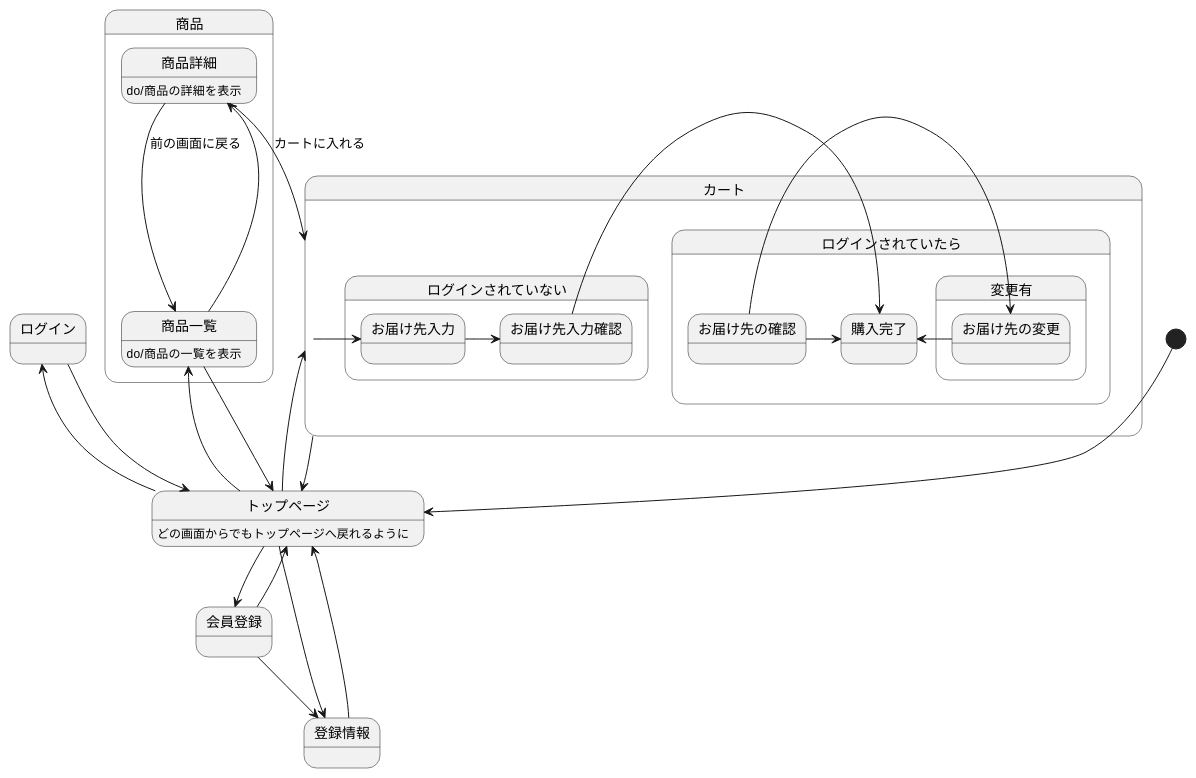
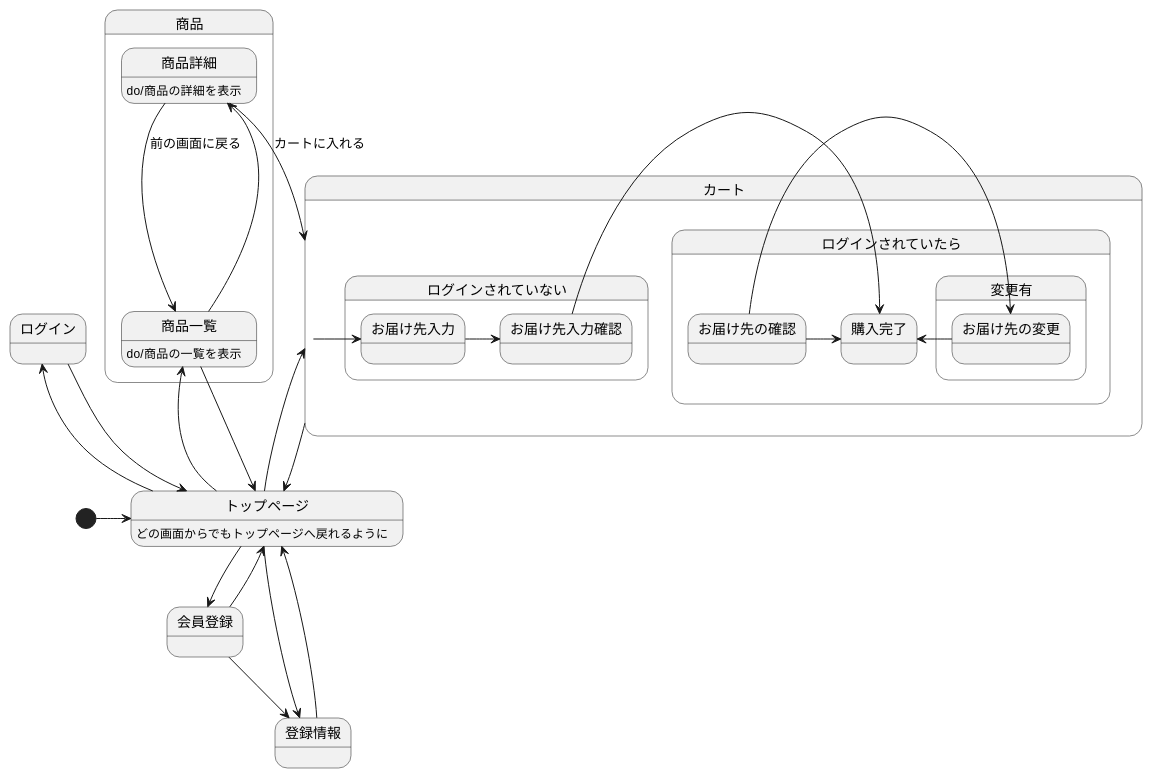
One commit to aso2001190/sys2021-design changed the diagram in stm01.md. Above: the diagram before and after it, drawn with PlantUML.

````diff
--- a/stm01.md
+++ b/stm01.md
@@ -1,48 +1,48 @@
 ```uml
 @startuml
 
  state 商品 {
 商品詳細 : do/商品の詳細を表示
 商品一覧 : do/商品の一覧を表示
 }
 トップページ : どの画面からでもトップページへ戻れるように
-[*] --> トップページ
+[*] -> トップページ
 トップページ -> 会員登録
 トップページ -left-> ログイン
 トップページ -left-> カート
 トップページ --> 登録情報
 トップページ --> 商品一覧
 
 
 会員登録 --> トップページ
 ログイン --> トップページ
 カート --> トップページ
 登録情報 --> トップページ
 商品一覧 --> トップページ
 
 
 
 商品一覧 --> 商品詳細 
 商品詳細 --> 商品一覧 : 前の画面に戻る
 商品詳細 --> カート : カートに入れる
 
 
 会員登録 --> 登録情報
 
 state カート {
 state ログインされていたら {
 お届け先の確認 -> 購入完了
 state 変更有 {
 お届け先の確認 -> お届け先の変更
 お届け先の変更 -> 購入完了
 }
 }
 state ログインされていない{
 カート -> お届け先入力
 お届け先入力 -> お届け先入力確認
 お届け先入力確認 -> 購入完了
 }
 }
 
 @enduml
 ```
````
